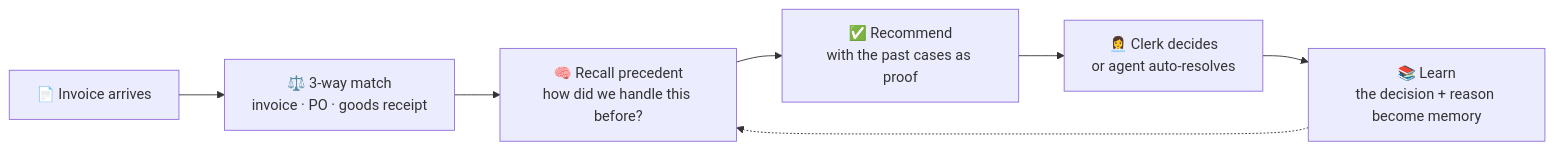
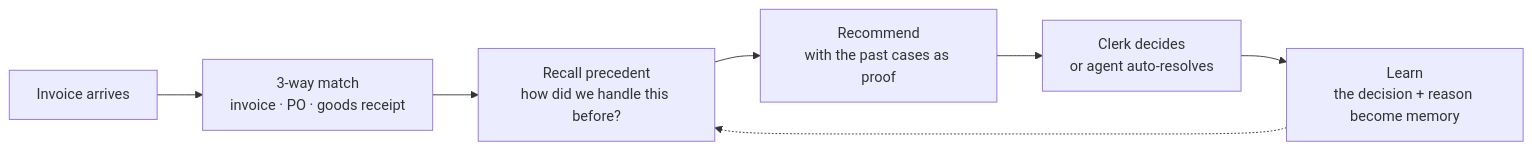
The first of 3 diagrams in README.md (Eldorado5002/Claude_Coders4), drawn with Mermaid before and after one commit. The commit also changed other lines of this file, not shown here.

````diff
--- a/README.md
+++ b/README.md
@@ -62,9 +74,9 @@
 ```mermaid
 flowchart LR
-    A["📄 Invoice arrives"] --> B["⚖️ 3-way match<br/>invoice · PO · goods receipt"]
-    B --> C["🧠 Recall precedent<br/>how did we handle this before?"]
-    C --> D["✅ Recommend<br/>with the past cases as proof"]
-    D --> E["👩‍💼 Clerk decides<br/>or agent auto-resolves"]
-    E --> F["📚 Learn<br/>the decision + reason become memory"]
+    A["Invoice arrives"] --> B["3-way match<br/>invoice · PO · goods receipt"]
+    B --> C["Recall precedent<br/>how did we handle this before?"]
+    C --> D["Recommend<br/>with the past cases as proof"]
+    D --> E["Clerk decides<br/>or agent auto-resolves"]
+    E --> F["Learn<br/>the decision + reason become memory"]
     F -.-> C
 ```
````
